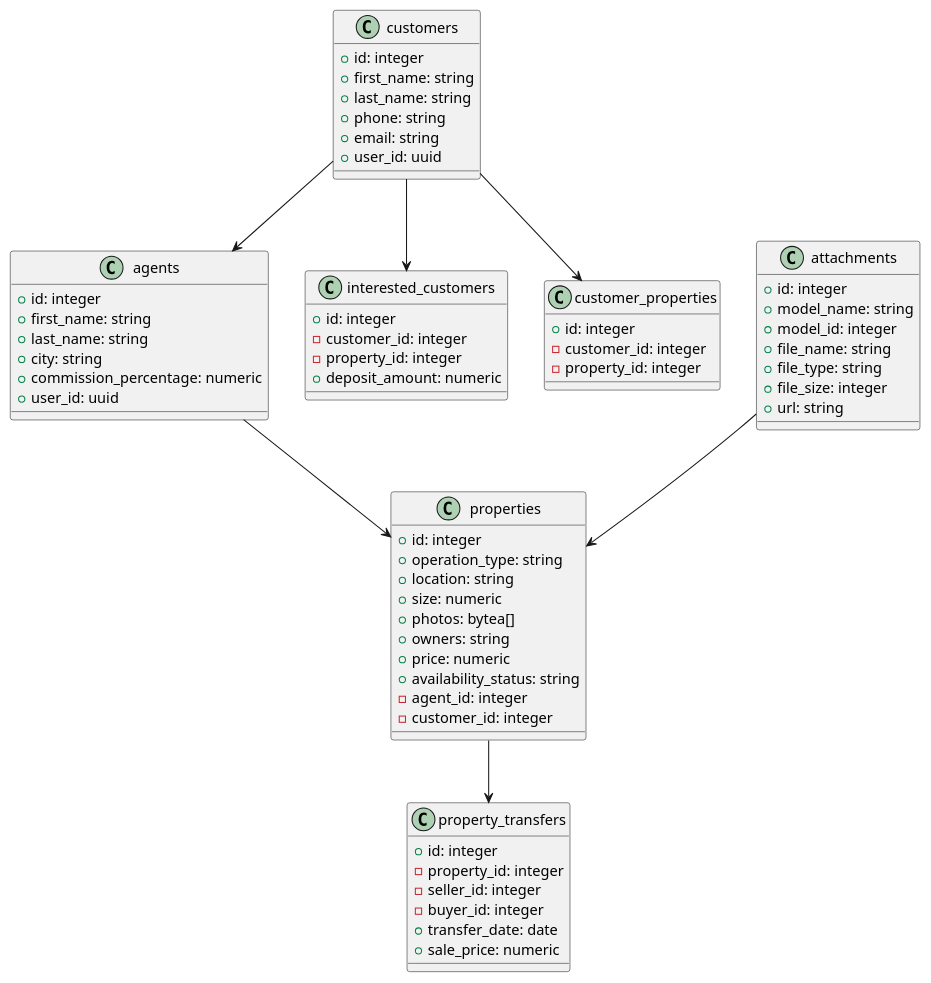
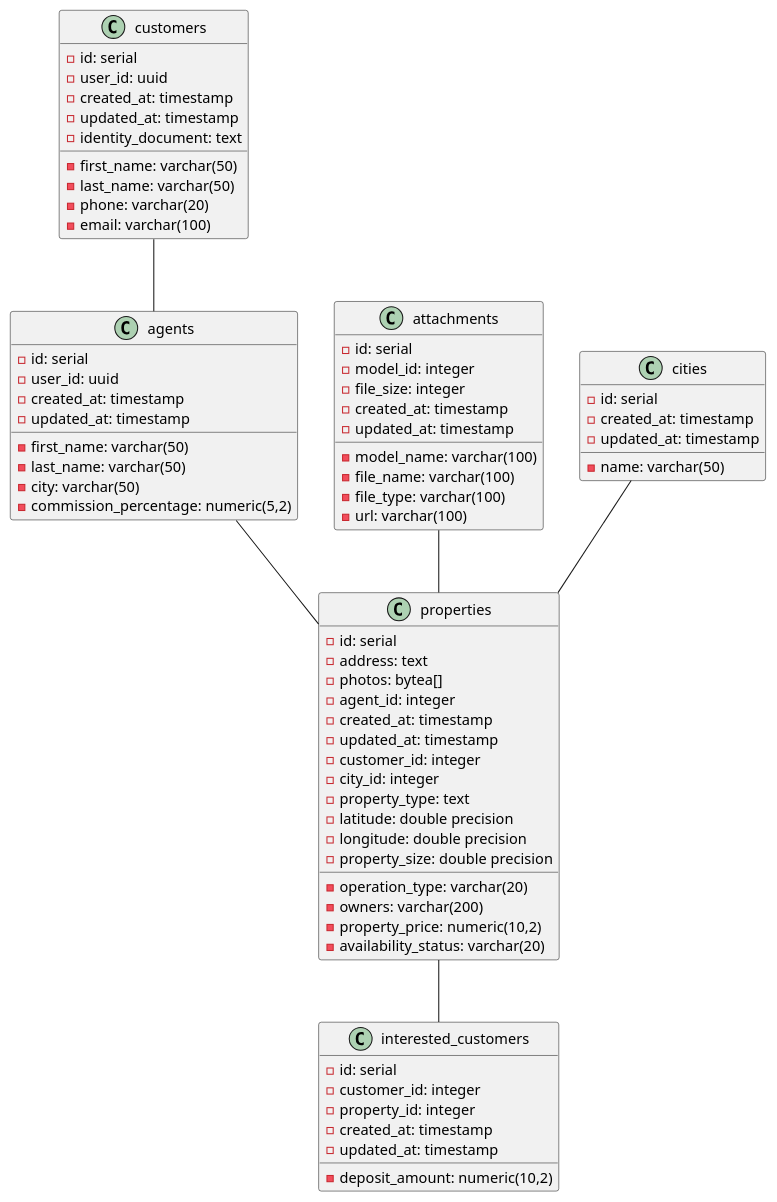
Before and after one commit to drkpkg/tua_casa: the diagram in db/class_diagram.puml, drawn with PlantUML. The commit also changed 10 other files, not shown here.

Commit message:
Uml model correction

```diff
--- a/db/class_diagram.puml
+++ b/db/class_diagram.puml
@@ -1,73 +1,78 @@
 @startuml
-
 class customers {
-    +id: integer
-    +first_name: string
-    +last_name: string
-    +phone: string
-    +email: string
-    +user_id: uuid
+    -id: serial
+    -first_name: varchar(50)
+    -last_name: varchar(50)
+    -phone: varchar(20)
+    -email: varchar(100)
+    -user_id: uuid
+    -created_at: timestamp
+    -updated_at: timestamp
+    -identity_document: text
 }
 
 class agents {
-    +id: integer
-    +first_name: string
-    +last_name: string
-    +city: string
-    +commission_percentage: numeric
-    +user_id: uuid
+    -id: serial
+    -first_name: varchar(50)
+    -last_name: varchar(50)
+    -city: varchar(50)
+    -commission_percentage: numeric(5,2)
+    -user_id: uuid
+    -created_at: timestamp
+    -updated_at: timestamp
+}
+
+class attachments {
+    -id: serial
+    -model_name: varchar(100)
+    -model_id: integer
+    -file_name: varchar(100)
+    -file_type: varchar(100)
+    -file_size: integer
+    -url: varchar(100)
+    -created_at: timestamp
+    -updated_at: timestamp
+}
+
+class cities {
+    -id: serial
+    -name: varchar(50)
+    -created_at: timestamp
+    -updated_at: timestamp
 }
 
 class properties {
-    +id: integer
-    +operation_type: string
-    +location: string
-    +size: numeric
-    +photos: bytea[]
-    +owners: string
-    +price: numeric
-    +availability_status: string
+    -id: serial
+    -operation_type: varchar(20)
+    -address: text
+    -photos: bytea[]
+    -owners: varchar(200)
+    -property_price: numeric(10,2)
+    -availability_status: varchar(20)
     -agent_id: integer
+    -created_at: timestamp
+    -updated_at: timestamp
     -customer_id: integer
+    -city_id: integer
+    -property_type: text
+    -latitude: double precision
+    -longitude: double precision
+    -property_size: double precision
 }
 
 class interested_customers {
-    +id: integer
+    -id: serial
     -customer_id: integer
     -property_id: integer
-    +deposit_amount: numeric
+    -deposit_amount: numeric(10,2)
+    -created_at: timestamp
+    -updated_at: timestamp
 }
 
-class customer_properties {
-    +id: integer
-    -customer_id: integer
-    -property_id: integer
-}
-
-class property_transfers {
-    +id: integer
-    -property_id: integer
-    -seller_id: integer
-    -buyer_id: integer
-    +transfer_date: date
-    +sale_price: numeric
-}
-
-class attachments {
-    +id: integer
-    +model_name: string
-    +model_id: integer
-    +file_name: string
-    +file_type: string
-    +file_size: integer
-    +url: string
-}
-
-customers --> agents
-agents --> properties
-customers --> interested_customers
-customers --> customer_properties
-properties --> property_transfers
-attachments --> properties
+customers -- agents
+agents -- properties
+properties -- interested_customers
+attachments -- properties
+cities -- properties
 
 @enduml
```
